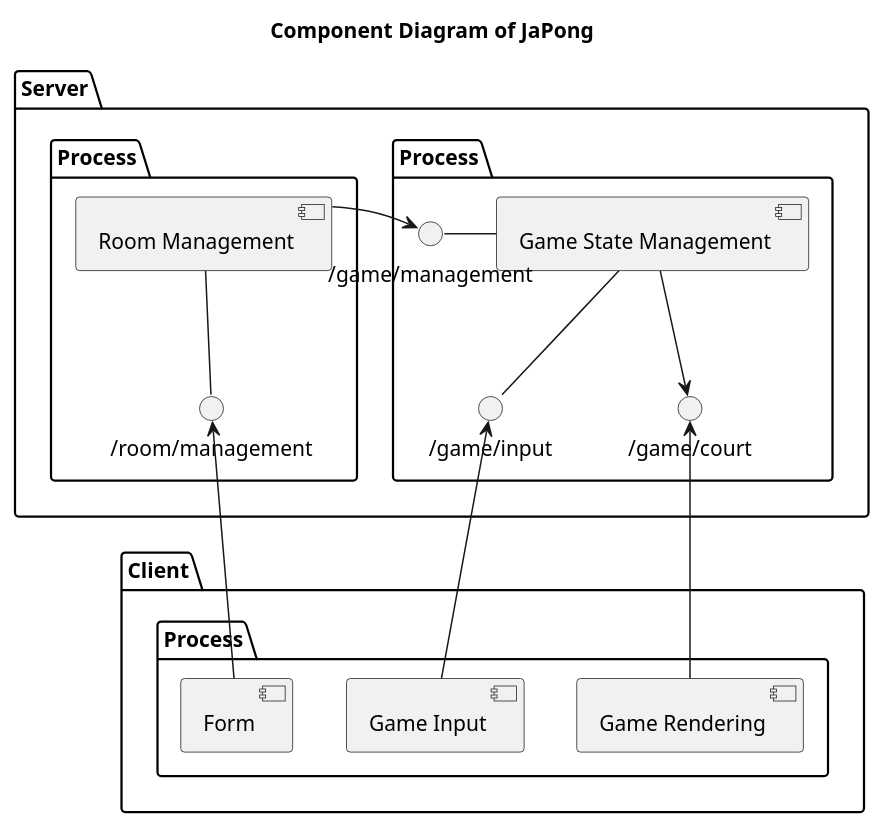
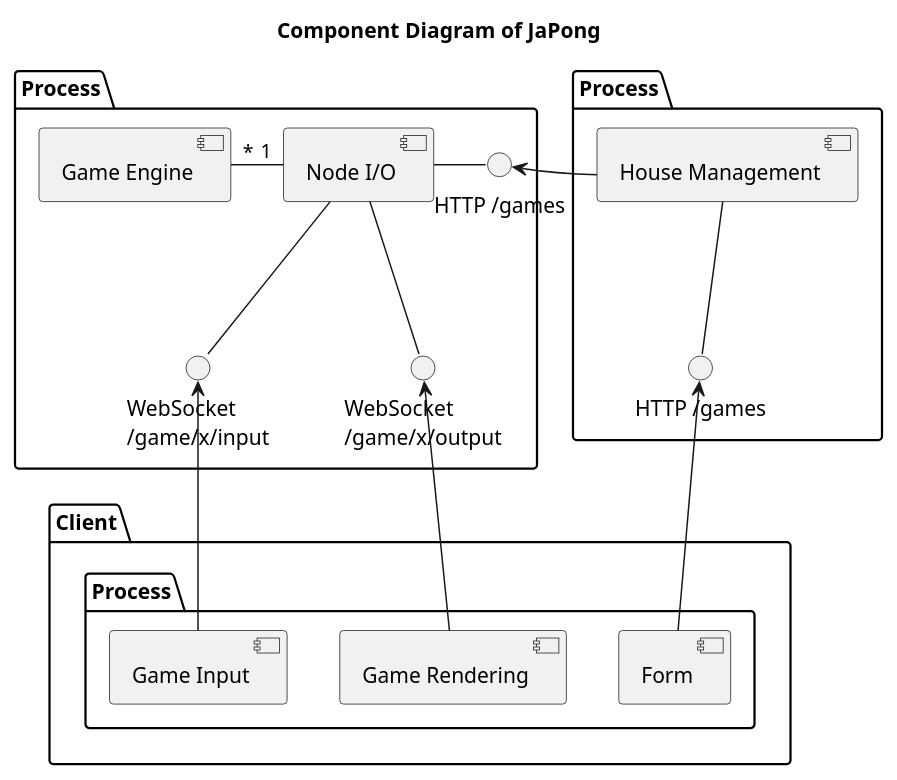
Before and after one commit to uztbt/japong-design: the diagram in uml/component.plantuml, drawn with PlantUML.

Commit message:
Update component diagram

```diff
--- a/uml/component.plantuml
+++ b/uml/component.plantuml
@@ -1,31 +1,30 @@
 @startuml
 
 title "Component Diagram of JaPong"
 
-package Server {
-    folder "Process" as gameManagementProcess {
-        [Game State Management]
-        interface "/game/input" as GameStateManagementCommand
-        [Game State Management] -- GameStateManagementCommand
-        interface "/game/management" as GameState
-        GameState - [Game State Management]
-        interface "/game/court" as Court
-        [Game State Management] --> Court
-    }
-    folder "Process" as roomManagementProcess {
-        [Room Management]
-        interface "/room/management" as RoomManagementCommand
-        [Room Management] -- RoomManagementCommand
-        GameState <- [Room Management]
-    }
+folder "Process" as gameManagementProcess {
+    [Game Engine]
+    [Game Engine] "*" - "1" [Node I/O]
+    interface "HTTP /games" as NodeIOIF
+    [Node I/O] - NodeIOIF
+    interface "WebSocket\n/game/x/input" as GameInputIF
+    [Node I/O] -- GameInputIF
+    interface "WebSocket\n/game/x/output" as GameOutputIF
+    [Node I/O] -- GameOutputIF
+}
+folder "Process" as roomManagementProcess {
+    [House Management]
+    interface "HTTP /games" as HouseManagementIF
+    [House Management] -- HouseManagementIF
+    NodeIOIF <- [House Management]
 }
 
 package Client {
     folder "Process" as clientProcess {
-        [Form] -up-> RoomManagementCommand
-        [Game Rendering] -up-> Court
-        [Game Input] -up-> GameStateManagementCommand
+        [Form] -up-> HouseManagementIF
+        [Game Rendering] -up-> GameOutputIF
+        [Game Input] -up-> GameInputIF
     }
 }
 
 @enduml
```
